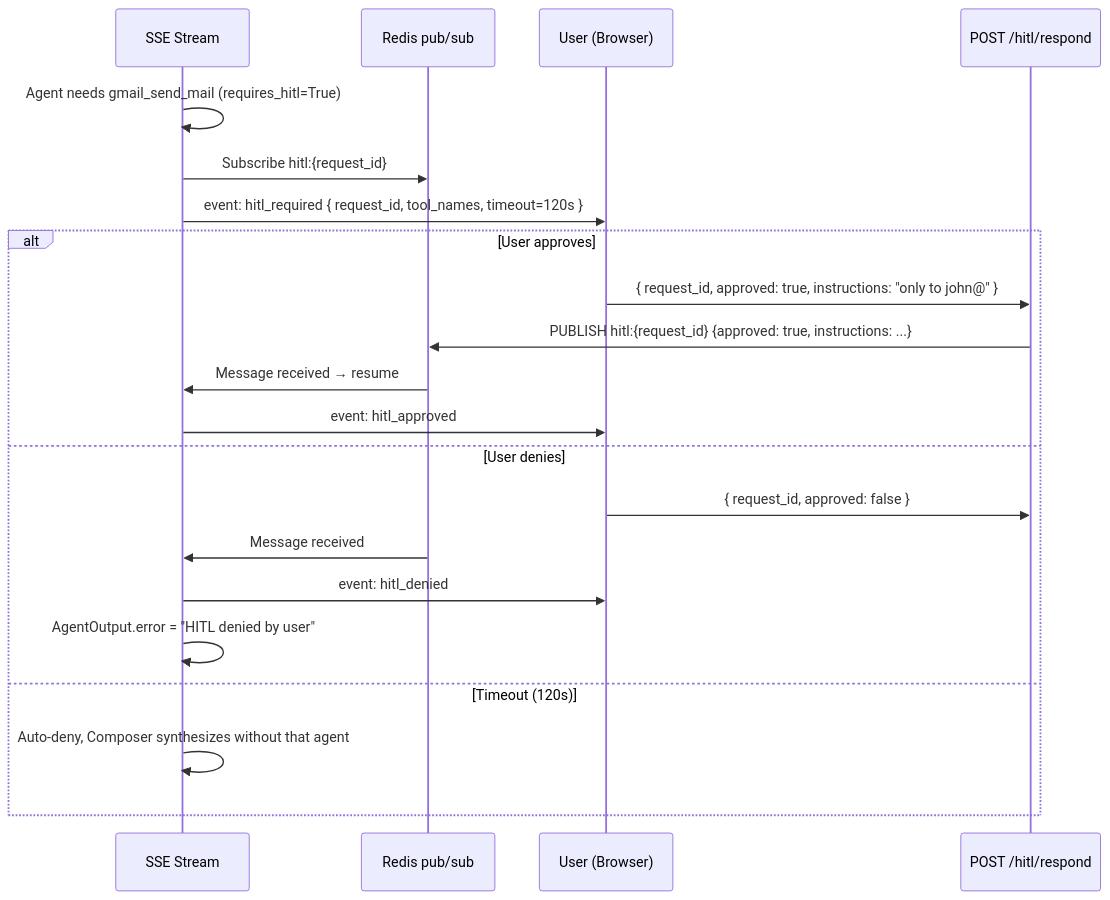
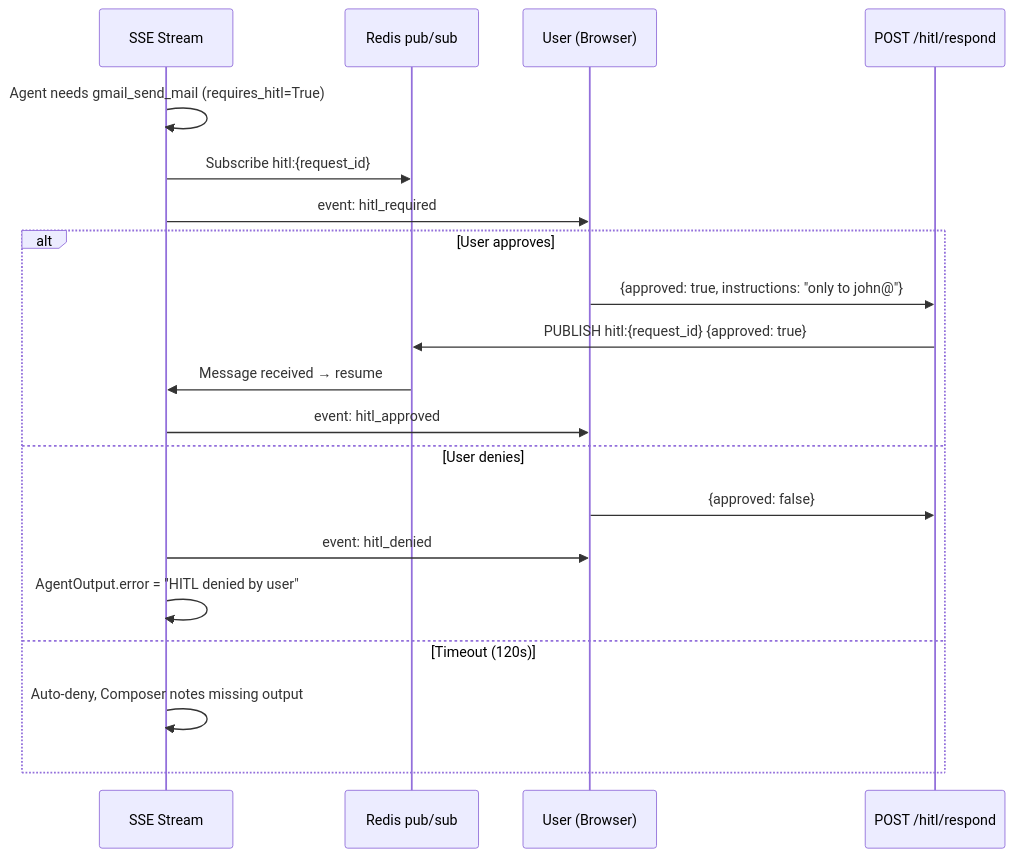
One commit to vinu0404/Cortex changed diagram 11 of 14 in README.md. Above: the diagram before and after it, drawn with Mermaid. The commit also changed other lines of this file and 8 other files, not shown here.

````diff
--- a/README.md
+++ b/README.md
@@ -365,25 +455,24 @@
 ```mermaid
 sequenceDiagram
     participant SSE as SSE Stream
     participant Redis as Redis pub/sub
     participant User as User (Browser)
     participant HITL as POST /hitl/respond
 
     SSE->>SSE: Agent needs gmail_send_mail (requires_hitl=True)
     SSE->>Redis: Subscribe hitl:{request_id}
-    SSE->>User: event: hitl_required { request_id, tool_names, timeout=120s }
+    SSE->>User: event: hitl_required
 
     alt User approves
-        User->>HITL: { request_id, approved: true, instructions: "only to john@" }
-        HITL->>Redis: PUBLISH hitl:{request_id} {approved: true, instructions: ...}
+        User->>HITL: {approved: true, instructions: "only to john@"}
+        HITL->>Redis: PUBLISH hitl:{request_id} {approved: true}
         Redis->>SSE: Message received → resume
         SSE->>User: event: hitl_approved
     else User denies
-        User->>HITL: { request_id, approved: false }
-        Redis->>SSE: Message received
+        User->>HITL: {approved: false}
         SSE->>User: event: hitl_denied
         SSE->>SSE: AgentOutput.error = "HITL denied by user"
     else Timeout (120s)
-        SSE->>SSE: Auto-deny, Composer synthesizes without that agent
+        SSE->>SSE: Auto-deny, Composer notes missing output
     end
 ```
````
